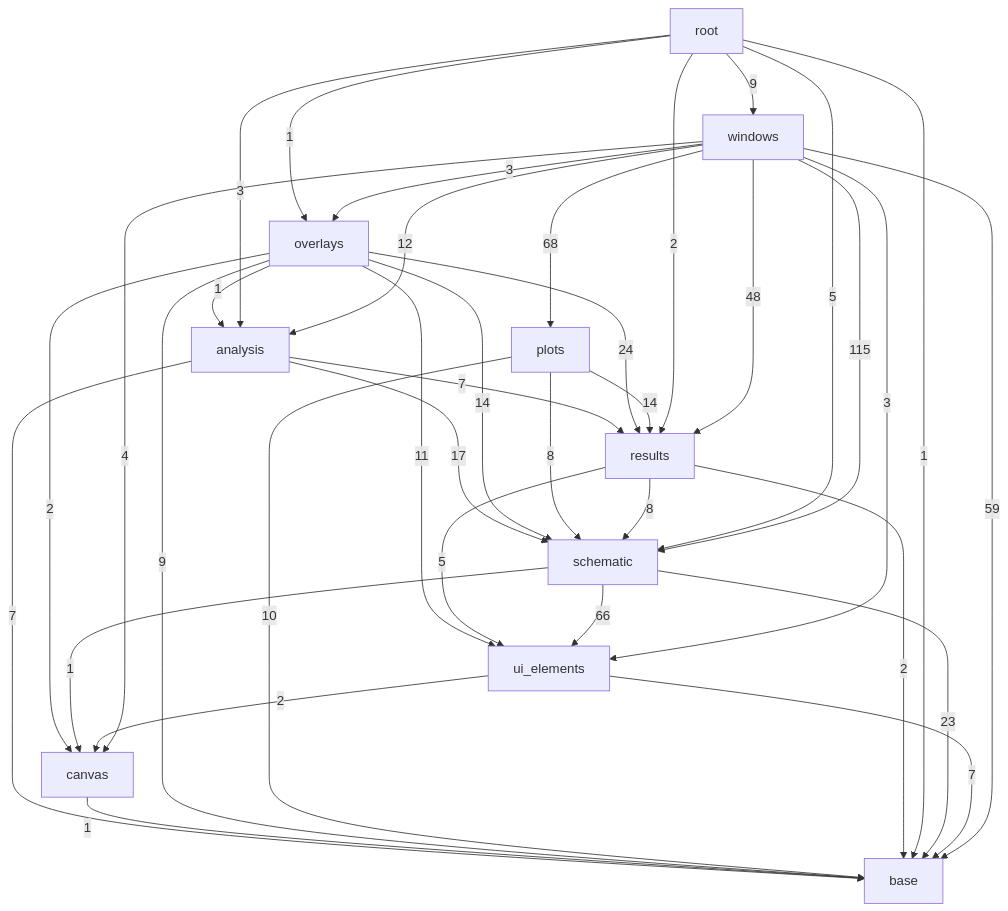
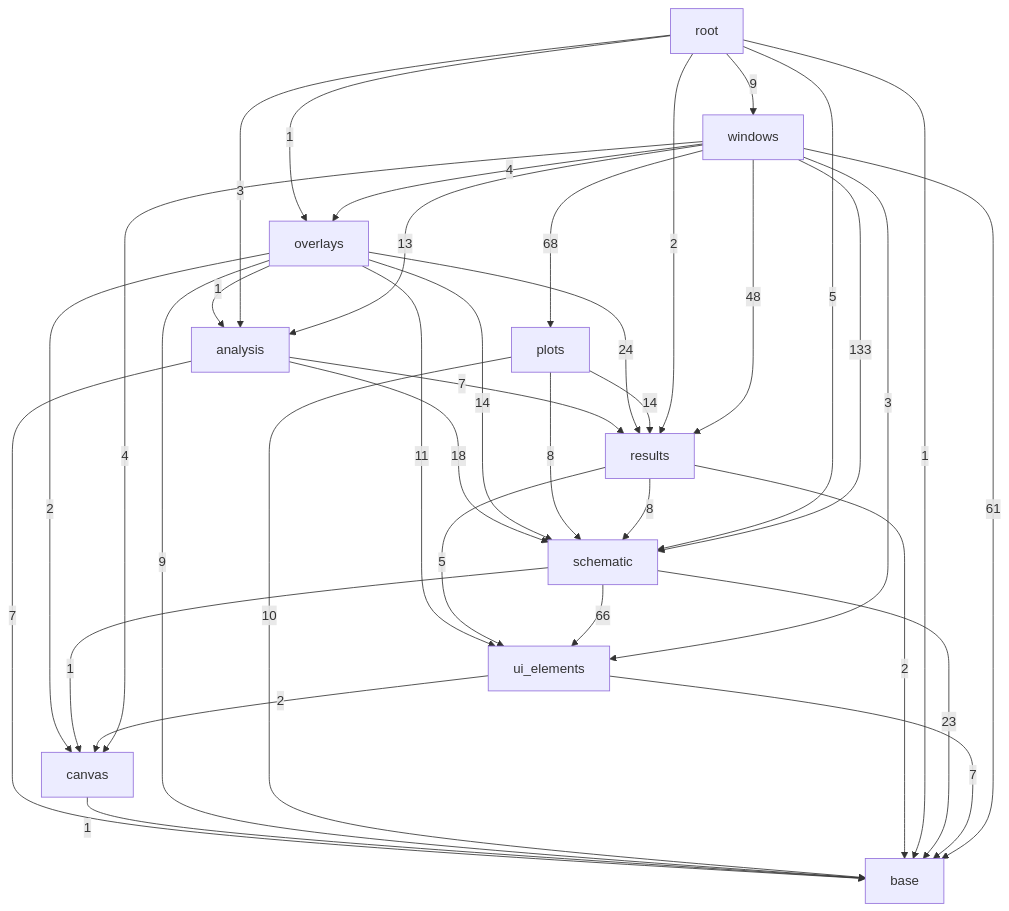
The third of 3 diagrams in docs/architecture.md (ronnymilleo/imcsim), drawn with Mermaid before and after one commit. The commit also changed other lines of this file, not shown here.

Commit message:
Update the include diagram for the editor window parts

````diff
--- a/docs/architecture.md
+++ b/docs/architecture.md
@@ -56,48 +56,48 @@
 ```mermaid
 flowchart TD
     app_gui_base[base]
     app_gui_canvas[canvas]
     app_gui_ui_elements[ui_elements]
     app_gui_schematic[schematic]
     app_gui_results[results]
     app_gui_analysis[analysis]
     app_gui_plots[plots]
     app_gui_overlays[overlays]
     app_gui_windows[windows]
     app_gui_root[root]
     app_gui_analysis -->|7| app_gui_base
     app_gui_analysis -->|7| app_gui_results
-    app_gui_analysis -->|17| app_gui_schematic
+    app_gui_analysis -->|18| app_gui_schematic
     app_gui_canvas -->|1| app_gui_base
     app_gui_overlays -->|1| app_gui_analysis
     app_gui_overlays -->|9| app_gui_base
     app_gui_overlays -->|2| app_gui_canvas
     app_gui_overlays -->|24| app_gui_results
     app_gui_overlays -->|14| app_gui_schematic
     app_gui_overlays -->|11| app_gui_ui_elements
     app_gui_plots -->|10| app_gui_base
     app_gui_plots -->|14| app_gui_results
     app_gui_plots -->|8| app_gui_schematic
     app_gui_results -->|2| app_gui_base
     app_gui_results -->|8| app_gui_schematic
     app_gui_results -->|5| app_gui_ui_elements
     app_gui_root -->|3| app_gui_analysis
     app_gui_root -->|1| app_gui_base
     app_gui_root -->|1| app_gui_overlays
     app_gui_root -->|2| app_gui_results
     app_gui_root -->|5| app_gui_schematic
     app_gui_root -->|9| app_gui_windows
     app_gui_schematic -->|23| app_gui_base
     app_gui_schematic -->|1| app_gui_canvas
     app_gui_schematic -->|66| app_gui_ui_elements
     app_gui_ui_elements -->|7| app_gui_base
     app_gui_ui_elements -->|2| app_gui_canvas
-    app_gui_windows -->|12| app_gui_analysis
-    app_gui_windows -->|59| app_gui_base
+    app_gui_windows -->|13| app_gui_analysis
+    app_gui_windows -->|61| app_gui_base
     app_gui_windows -->|4| app_gui_canvas
-    app_gui_windows -->|3| app_gui_overlays
+    app_gui_windows -->|4| app_gui_overlays
     app_gui_windows -->|68| app_gui_plots
     app_gui_windows -->|48| app_gui_results
-    app_gui_windows -->|115| app_gui_schematic
+    app_gui_windows -->|133| app_gui_schematic
     app_gui_windows -->|3| app_gui_ui_elements
 ```
````
